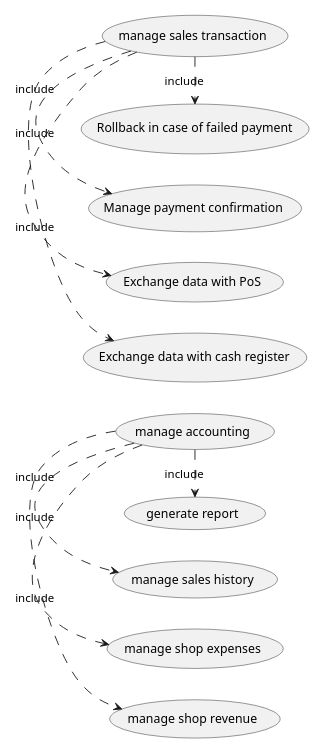
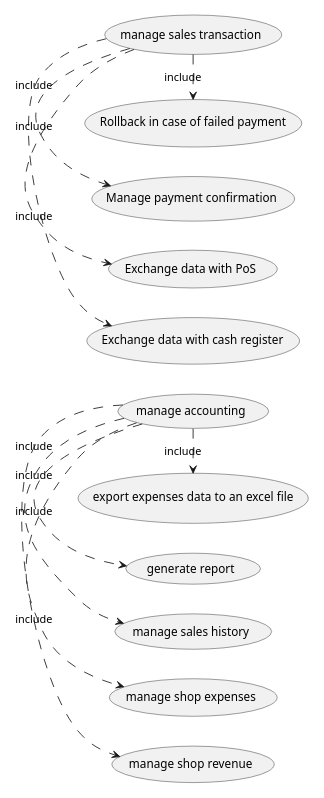
The fourth of 6 diagrams in Deliverables/RequirementsDocument.md (djemar/softeng_ezshop), drawn with PlantUML before and after one commit. The commit also changed other lines of this file, not shown here.

Commit message:
Context diagram-UCD-UC modified

````diff
--- a/Deliverables/RequirementsDocument.md
+++ b/Deliverables/RequirementsDocument.md
@@ -247,13 +243,14 @@
 ```plantuml
 left to right direction
 scale 225 width
 (manage accounting) .> (manage shop revenue) : include
 (manage accounting) .> (manage shop expenses) : include
 (manage accounting) .> (manage sales history) : include
 (manage accounting) .> (generate report) : include
+(manage accounting) .> (export expenses data to an excel file):include
 (manage sales transaction) .> (Exchange data with cash register) : include
 (manage sales transaction) .> (Exchange data with PoS) : include
 (manage sales transaction) .> (Manage payment confirmation) : include
 (manage sales transaction) .> (Rollback in case of failed payment) : include
 
 ```
````
